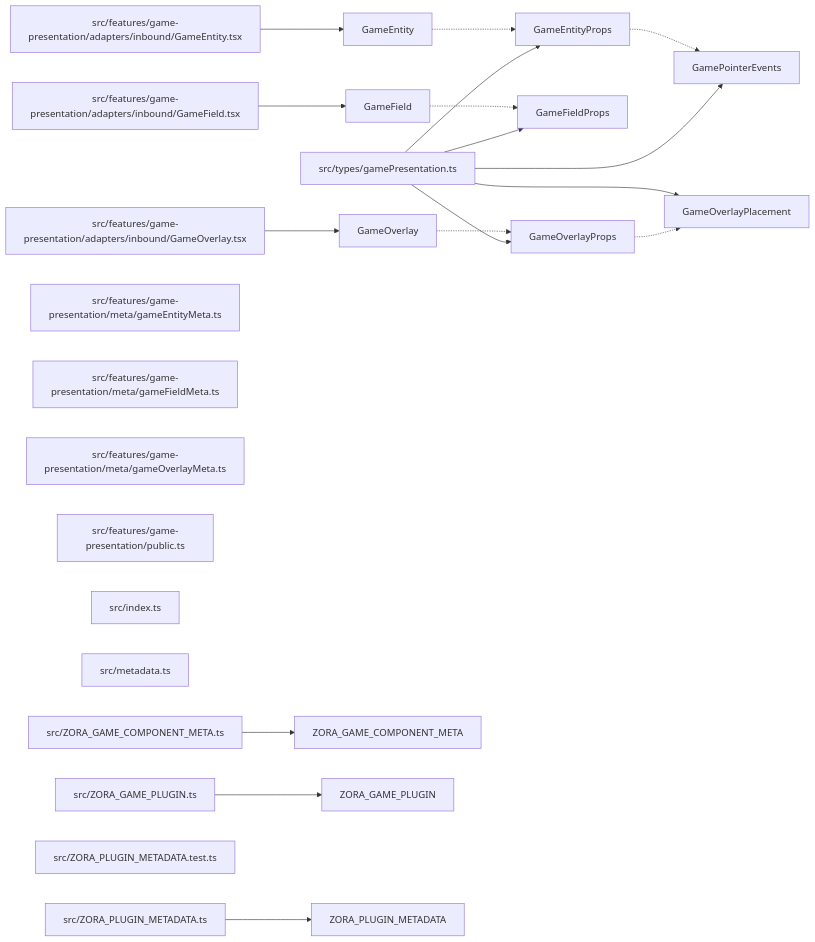
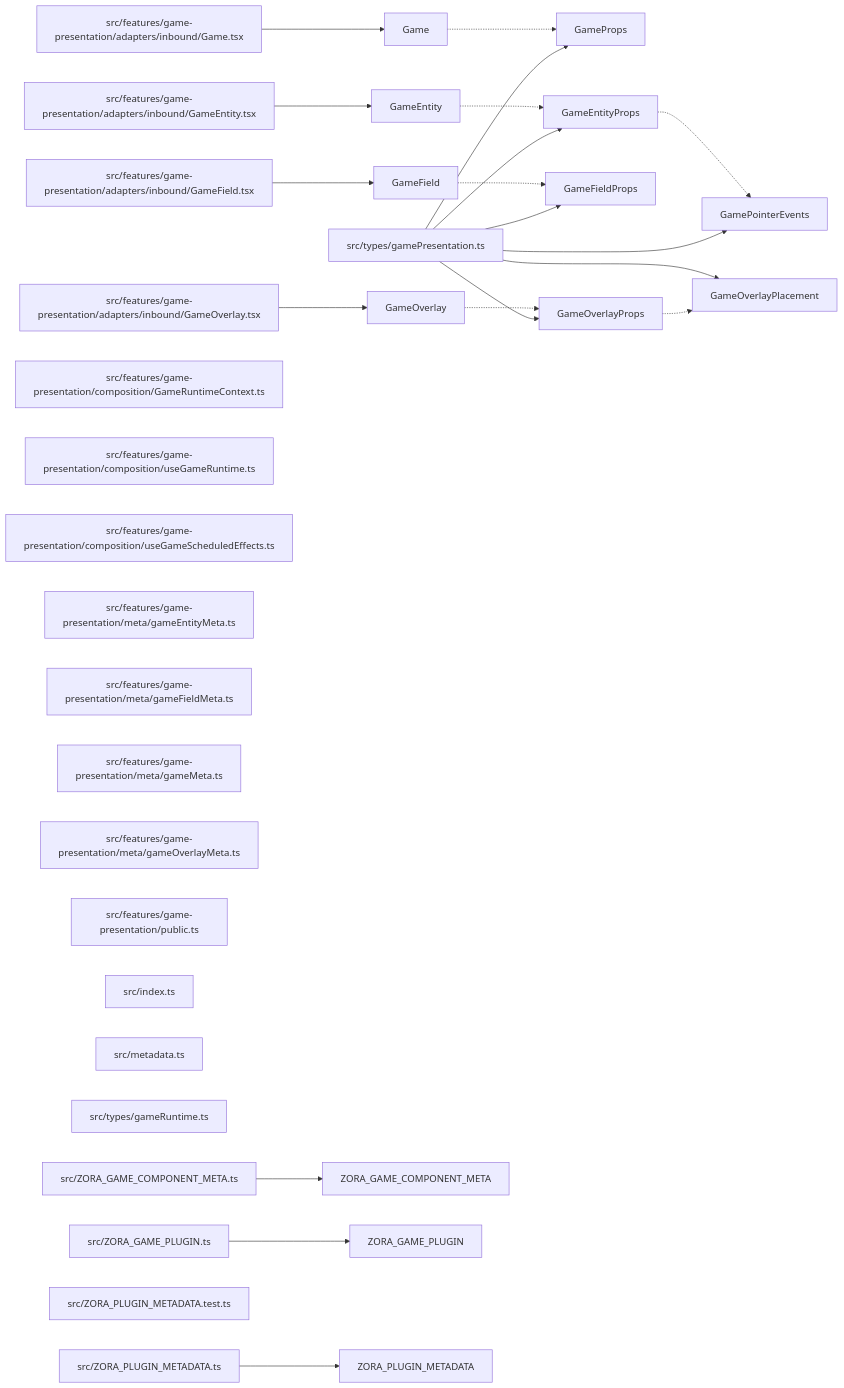
Before and after one commit to ankhorage/zora-game: the diagram in paradox/diagrams/export-graph.mmd, drawn with Mermaid. The commit also changed 13 other files, not shown here.

```diff
--- a/paradox/diagrams/export-graph.mmd
+++ b/paradox/diagrams/export-graph.mmd
@@ -1,42 +1,53 @@
 graph LR
+  module_src_features_game_presentation_adapters_inbound_Game_tsx["src/features/game-presentation/adapters/inbound/Game.tsx"]
   module_src_features_game_presentation_adapters_inbound_GameEntity_tsx["src/features/game-presentation/adapters/inbound/GameEntity.tsx"]
   module_src_features_game_presentation_adapters_inbound_GameField_tsx["src/features/game-presentation/adapters/inbound/GameField.tsx"]
   module_src_features_game_presentation_adapters_inbound_GameOverlay_tsx["src/features/game-presentation/adapters/inbound/GameOverlay.tsx"]
+  module_src_features_game_presentation_composition_GameRuntimeContext_ts["src/features/game-presentation/composition/GameRuntimeContext.ts"]
+  module_src_features_game_presentation_composition_useGameRuntime_ts["src/features/game-presentation/composition/useGameRuntime.ts"]
+  module_src_features_game_presentation_composition_useGameScheduledEffects_ts["src/features/game-presentation/composition/useGameScheduledEffects.ts"]
   module_src_features_game_presentation_meta_gameEntityMeta_ts["src/features/game-presentation/meta/gameEntityMeta.ts"]
   module_src_features_game_presentation_meta_gameFieldMeta_ts["src/features/game-presentation/meta/gameFieldMeta.ts"]
+  module_src_features_game_presentation_meta_gameMeta_ts["src/features/game-presentation/meta/gameMeta.ts"]
   module_src_features_game_presentation_meta_gameOverlayMeta_ts["src/features/game-presentation/meta/gameOverlayMeta.ts"]
   module_src_features_game_presentation_public_ts["src/features/game-presentation/public.ts"]
   module_src_index_ts["src/index.ts"]
   module_src_metadata_ts["src/metadata.ts"]
   module_src_types_gamePresentation_ts["src/types/gamePresentation.ts"]
+  module_src_types_gameRuntime_ts["src/types/gameRuntime.ts"]
   module_src_ZORA_GAME_COMPONENT_META_ts["src/ZORA_GAME_COMPONENT_META.ts"]
   module_src_ZORA_GAME_PLUGIN_ts["src/ZORA_GAME_PLUGIN.ts"]
   module_src_ZORA_PLUGIN_METADATA_test_ts["src/ZORA_PLUGIN_METADATA.test.ts"]
   module_src_ZORA_PLUGIN_METADATA_ts["src/ZORA_PLUGIN_METADATA.ts"]
+  export_Game["Game"]
+  module_src_features_game_presentation_adapters_inbound_Game_tsx --> export_Game
+  export_Game -.-> export_GameProps
   export_GameEntity["GameEntity"]
   module_src_features_game_presentation_adapters_inbound_GameEntity_tsx --> export_GameEntity
   export_GameEntity -.-> export_GameEntityProps
   export_GameEntityProps["GameEntityProps"]
   module_src_types_gamePresentation_ts --> export_GameEntityProps
   export_GameEntityProps -.-> export_GamePointerEvents
   export_GameField["GameField"]
   module_src_features_game_presentation_adapters_inbound_GameField_tsx --> export_GameField
   export_GameField -.-> export_GameFieldProps
   export_GameFieldProps["GameFieldProps"]
   module_src_types_gamePresentation_ts --> export_GameFieldProps
   export_GameOverlay["GameOverlay"]
   module_src_features_game_presentation_adapters_inbound_GameOverlay_tsx --> export_GameOverlay
   export_GameOverlay -.-> export_GameOverlayProps
   export_GameOverlayPlacement["GameOverlayPlacement"]
   module_src_types_gamePresentation_ts --> export_GameOverlayPlacement
   export_GameOverlayProps["GameOverlayProps"]
   module_src_types_gamePresentation_ts --> export_GameOverlayProps
   export_GameOverlayProps -.-> export_GameOverlayPlacement
   export_GamePointerEvents["GamePointerEvents"]
   module_src_types_gamePresentation_ts --> export_GamePointerEvents
+  export_GameProps["GameProps"]
+  module_src_types_gamePresentation_ts --> export_GameProps
   export_ZORA_GAME_COMPONENT_META["ZORA_GAME_COMPONENT_META"]
   module_src_ZORA_GAME_COMPONENT_META_ts --> export_ZORA_GAME_COMPONENT_META
   export_ZORA_GAME_PLUGIN["ZORA_GAME_PLUGIN"]
   module_src_ZORA_GAME_PLUGIN_ts --> export_ZORA_GAME_PLUGIN
   export_ZORA_PLUGIN_METADATA["ZORA_PLUGIN_METADATA"]
   module_src_ZORA_PLUGIN_METADATA_ts --> export_ZORA_PLUGIN_METADATA
```
